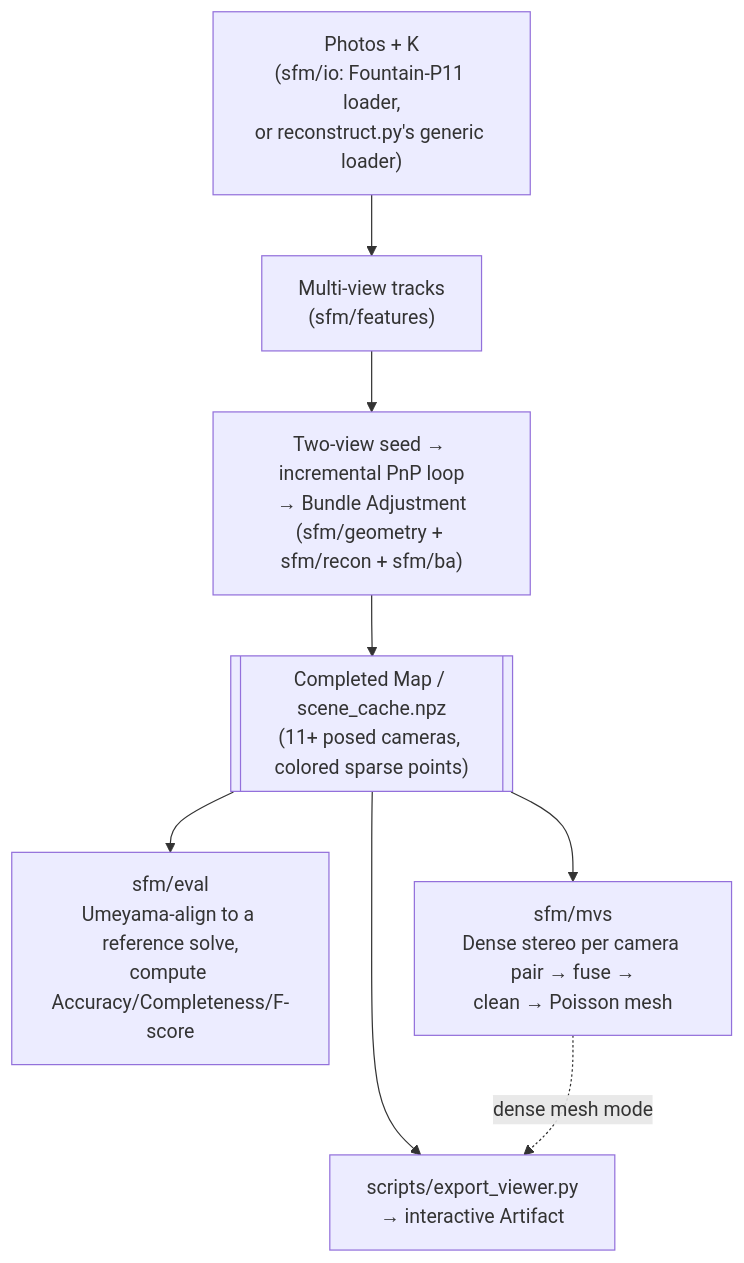
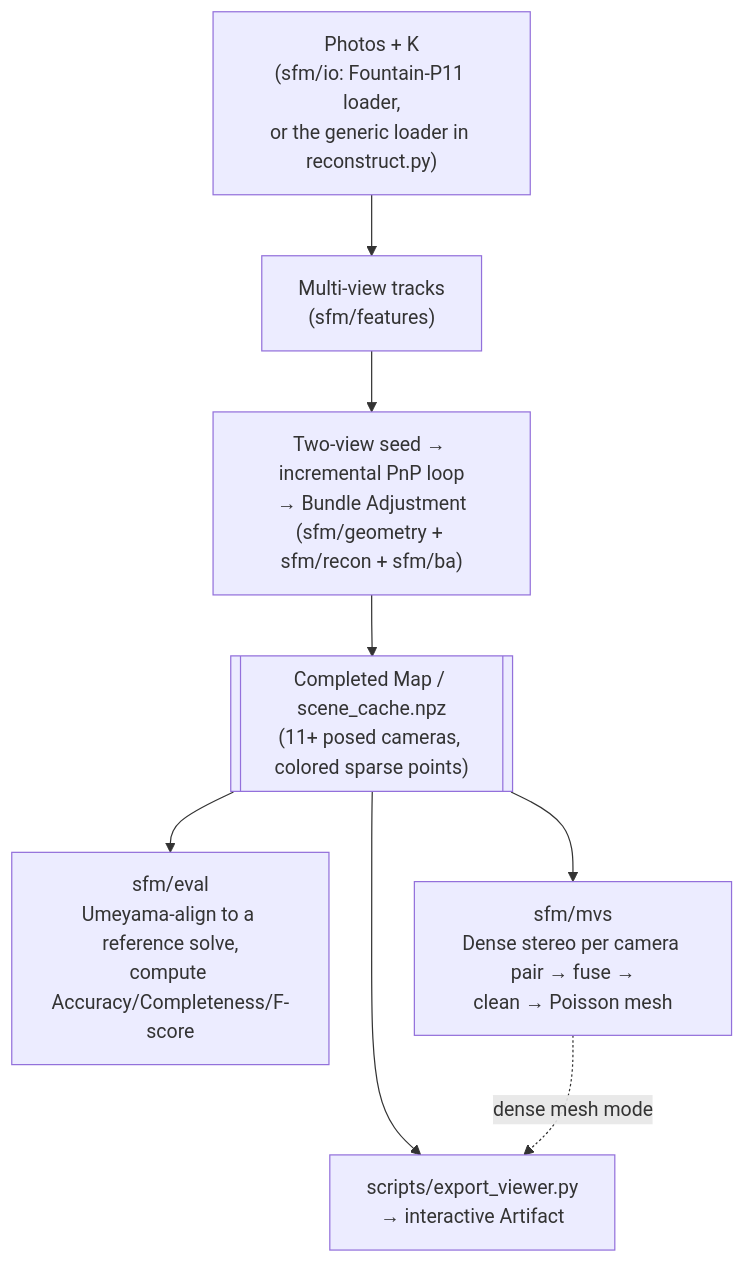
Before and after one commit to monkeybuzinis/3D-Reconstruction-from-2D-Images---Structure-from-Motion: the second of 2 diagrams in ARCHITECTURE.md, drawn with Mermaid. The commit also changed other lines of this file, not shown here.

Commit message:
fix Mermaid syntax bugs

````diff
--- a/ARCHITECTURE.md
+++ b/ARCHITECTURE.md
@@ -101,17 +101,17 @@
 ```mermaid
 flowchart TB
-    IMAGES["Photos + K<br/>(sfm/io: Fountain-P11 loader,<br/>or reconstruct.py's generic loader)"]
+    IMAGES["Photos + K<br/>(sfm/io: Fountain-P11 loader,<br/>or the generic loader in reconstruct.py)"]
     TRACKS["Multi-view tracks<br/>(sfm/features)"]
     SFM["Two-view seed → incremental PnP loop<br/>→ Bundle Adjustment<br/>(sfm/geometry + sfm/recon + sfm/ba)"]
     SCENE[["Completed Map / scene_cache.npz<br/>(11+ posed cameras, colored sparse points)"]]
 
     EVALB["sfm/eval<br/>Umeyama-align to a reference solve,<br/>compute Accuracy/Completeness/F-score"]
     MVSB["sfm/mvs<br/>Dense stereo per camera pair → fuse →<br/>clean → Poisson mesh"]
     VIEWER["scripts/export_viewer.py<br/>→ interactive Artifact"]
 
     IMAGES --> TRACKS --> SFM --> SCENE
     SCENE --> EVALB
     SCENE --> MVSB
     SCENE --> VIEWER
-    MVSB -.dense mesh mode.-> VIEWER
+    MVSB -. dense mesh mode .-> VIEWER
 ```
````
